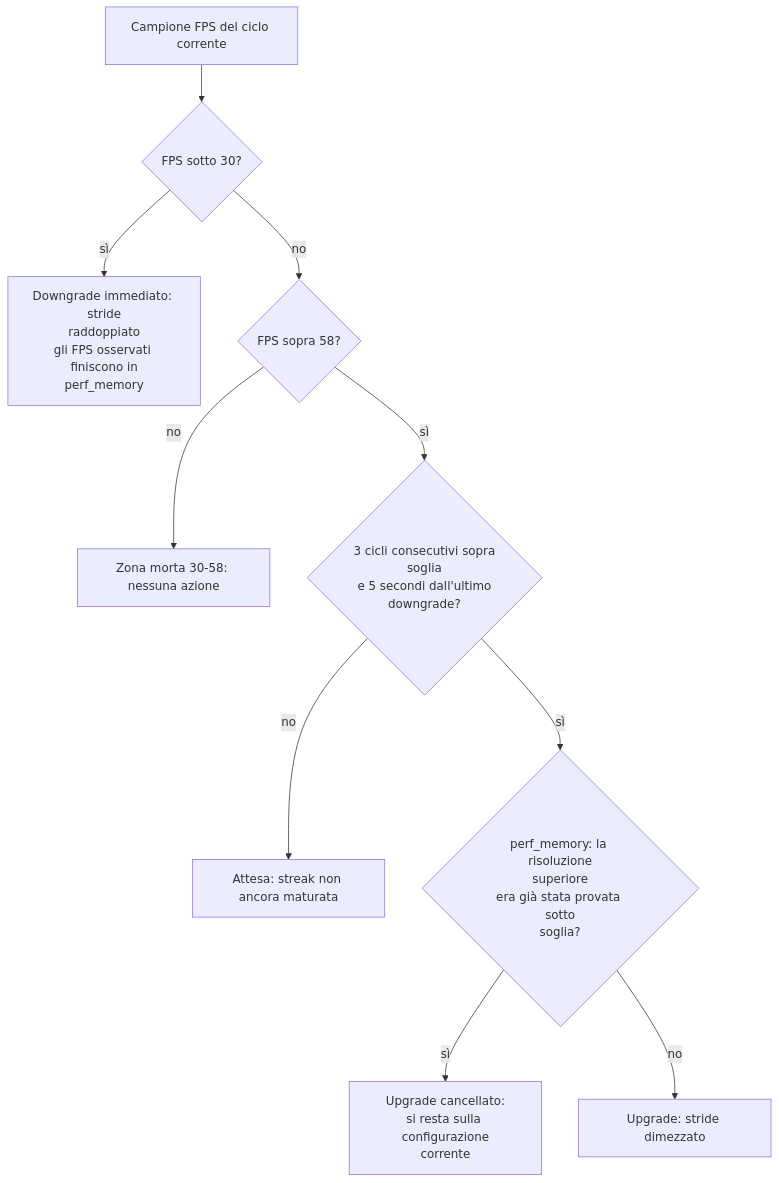
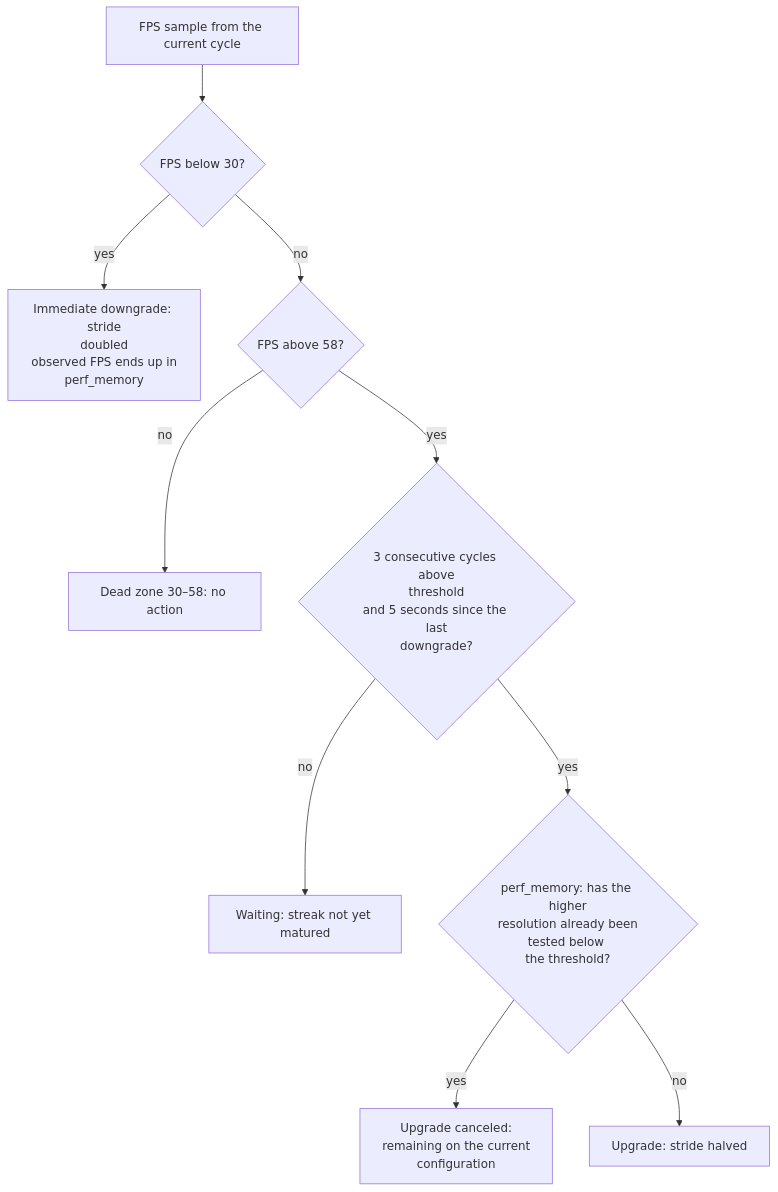
The seventh of 11 diagrams in ARCHITECTURE_DEEP_DIVE.md (alessandro-pioli/AstroCausal_Engine), drawn with Mermaid before and after one commit. The commit also changed other lines of this file and 5 other files, not shown here.

````diff
--- a/ARCHITECTURE_DEEP_DIVE.md
+++ b/ARCHITECTURE_DEEP_DIVE.md
@@ -555,12 +558,12 @@
 ```mermaid
 flowchart TD
-    A["Campione FPS del ciclo corrente"] --> B{"FPS sotto 30?"}
-    B -->|"sì"| C["Downgrade immediato: stride<br/>raddoppiato<br/>gli FPS osservati finiscono in<br/>perf_memory"]
-    B -->|"no"| D{"FPS sopra 58?"}
-    D -->|"no"| E["Zona morta 30-58: nessuna azione"]
-    D -->|"sì"| F{"3 cicli consecutivi sopra<br/>soglia<br/>e 5 secondi dall'ultimo<br/>downgrade?"}
-    F -->|"no"| G["Attesa: streak non ancora maturata"]
-    F -->|"sì"| H{"perf_memory: la risoluzione<br/>superiore<br/>era già stata provata sotto<br/>soglia?"}
-    H -->|"sì"| I["Upgrade cancellato:<br/>si resta sulla configurazione<br/>corrente"]
-    H -->|"no"| J["Upgrade: stride dimezzato"]
+    A["FPS sample from the current cycle"] --> B{"FPS below 30?"}
+    B -->|"yes"| C["Immediate downgrade: stride<br/>doubled<br/>observed FPS ends up in<br/>perf_memory"]
+    B -->|"no"| D{"FPS above 58?"}
+    D -->|"no"| E["Dead zone 30–58: no action"]
+    D -->|"yes"| F{"3 consecutive cycles above<br/>threshold<br/>and 5 seconds since the last<br/>downgrade?"}
+    F -->|"no"| G["Waiting: streak not yet matured"]
+    F -->|"yes"| H{"perf_memory: has the <br/>higher<br/> resolution already been tested below <br/>the threshold?"}
+    H -->|"yes"| I["Upgrade canceled:<br/>remaining on the current<br/>configuration"]
+    H -->|"no"| J["Upgrade: stride halved"]
 ```
````
